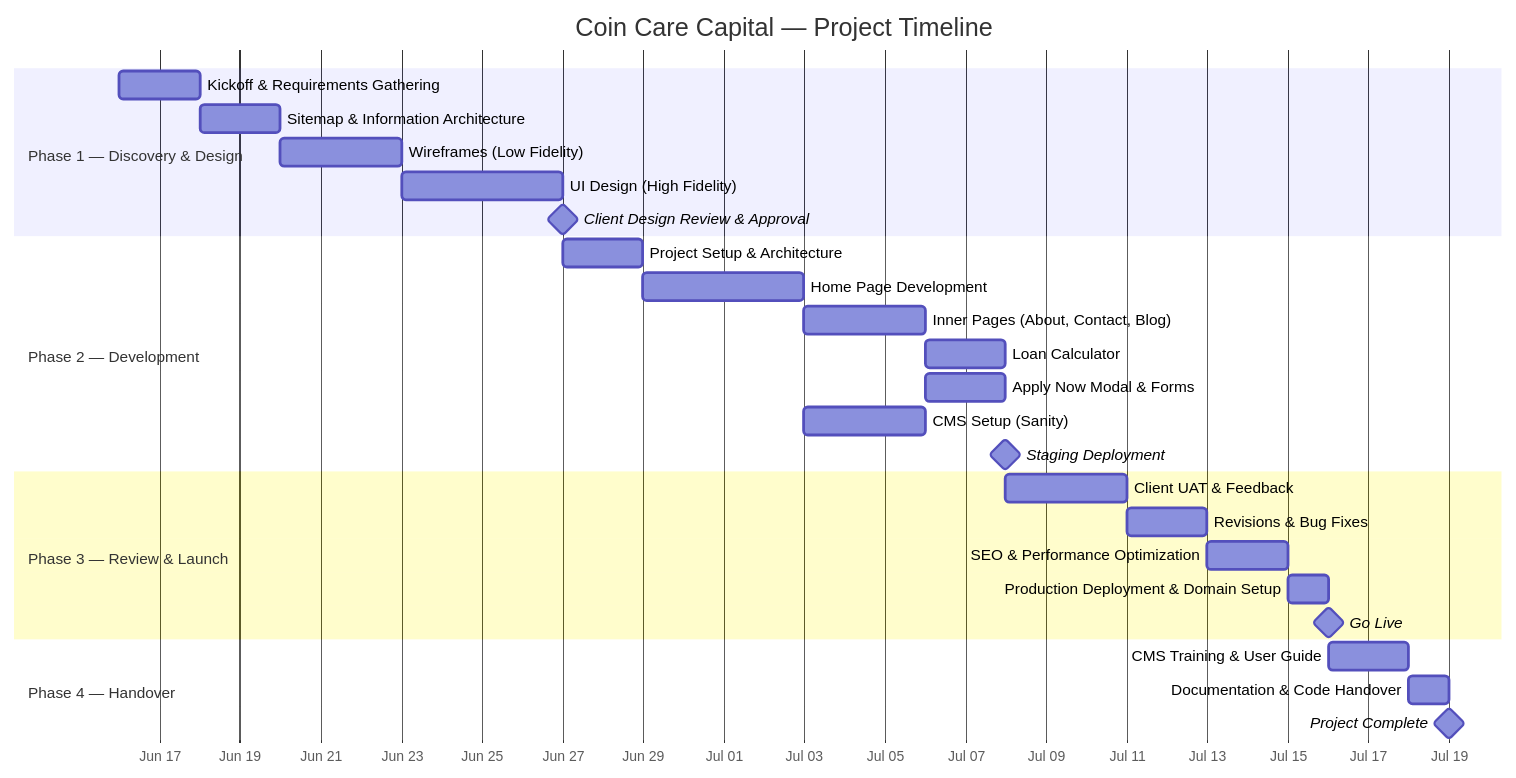
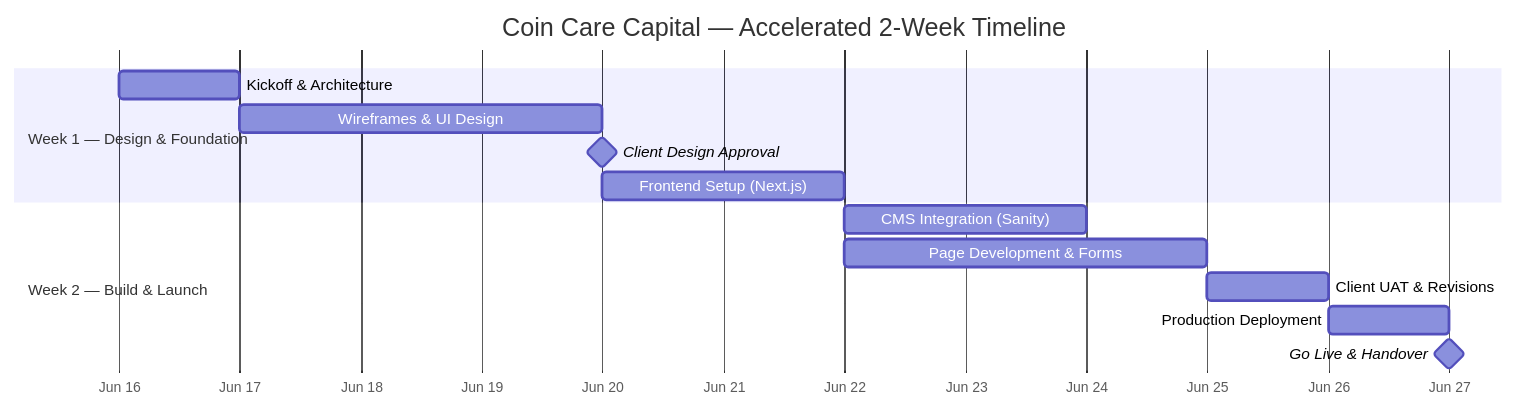
One commit to tonybanks90/coincarecapital changed the diagram in client-deliverables/03-project-timeline.md. Above: the diagram before and after it, drawn with Mermaid. The commit also changed other lines of this file and 3 other files, not shown here.

Commit message:
Accelerate project timeline to 2 weeks, remove generic dates from roadmaps, and enhance root README

````diff
--- a/client-deliverables/03-project-timeline.md
+++ b/client-deliverables/03-project-timeline.md
@@ -12,34 +12,19 @@
 ```mermaid
 gantt
-    title Coin Care Capital — Project Timeline
+    title Coin Care Capital — Accelerated 2-Week Timeline
     dateFormat  YYYY-MM-DD
     axisFormat  %b %d
     
-    section Phase 1 — Discovery & Design
-    Kickoff & Requirements Gathering     :a1, 2026-06-16, 2d
-    Sitemap & Information Architecture   :a2, after a1, 2d
-    Wireframes (Low Fidelity)            :a3, after a2, 3d
-    UI Design (High Fidelity)            :a4, after a3, 4d
-    Client Design Review & Approval      :milestone, m1, after a4, 0d
+    section Week 1 — Design & Foundation
+    Kickoff & Architecture         :a1, 2026-06-16, 1d
+    Wireframes & UI Design         :a2, after a1, 3d
+    Client Design Approval         :milestone, m1, after a2, 0d
+    Frontend Setup (Next.js)       :a3, after a2, 2d
     
-    section Phase 2 — Development
-    Project Setup & Architecture         :b1, after m1, 2d
-    Home Page Development                :b2, after b1, 4d
-    Inner Pages (About, Contact, Blog)   :b3, after b2, 3d
-    Loan Calculator                      :b4, after b3, 2d
-    Apply Now Modal & Forms              :b5, after b3, 2d
-    CMS Setup (Sanity)                   :b6, after b2, 3d
-    Staging Deployment                   :milestone, m2, after b5, 0d
-    
-    section Phase 3 — Review & Launch
-    Client UAT & Feedback                :c1, after m2, 3d
-    Revisions & Bug Fixes                :c2, after c1, 2d
-    SEO & Performance Optimization       :c3, after c2, 2d
-    Production Deployment & Domain Setup :c4, after c3, 1d
-    Go Live                              :milestone, m3, after c4, 0d
-    
-    section Phase 4 — Handover
-    CMS Training & User Guide            :d1, after m3, 2d
-    Documentation & Code Handover        :d2, after d1, 1d
-    Project Complete                     :milestone, m4, after d2, 0d
+    section Week 2 — Build & Launch
+    CMS Integration (Sanity)       :b1, after a3, 2d
+    Page Development & Forms       :b2, after a3, 3d
+    Client UAT & Revisions         :b3, after b2, 1d
+    Production Deployment          :b4, after b3, 1d
+    Go Live & Handover             :milestone, m2, after b4, 0d
 ```
````
